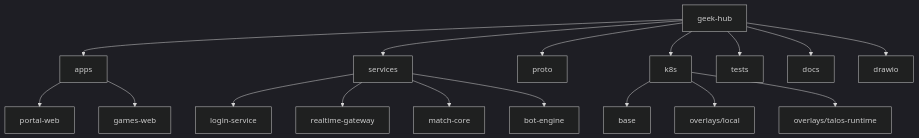
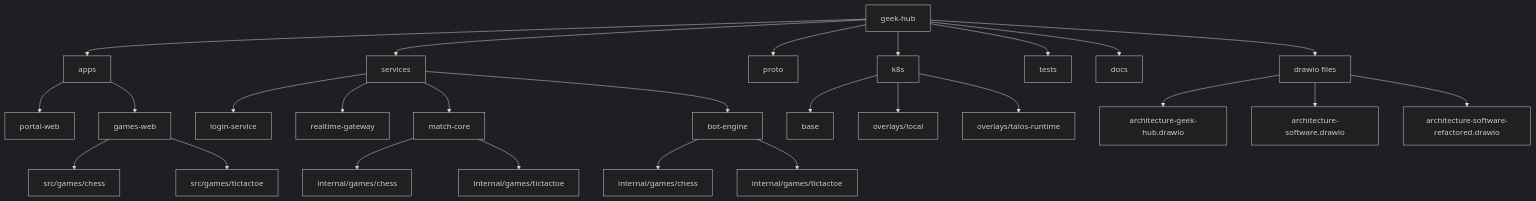
One commit to Marques-net/geek-hub changed the second of 2 diagrams in README.md. Above: the diagram before and after it, drawn with Mermaid (dark theme). The commit also changed other lines of this file and 4 other files, not shown here.

Commit message:
update docs for multi-game architecture

````diff
--- a/README.md
+++ b/README.md
@@ -36,23 +70,33 @@
 ```mermaid
 flowchart TD
     ROOT[geek-hub]
     ROOT --> APPS[apps]
     ROOT --> SERVICES[services]
     ROOT --> PROTO[proto]
     ROOT --> K8S[k8s]
     ROOT --> TESTS[tests]
     ROOT --> DOCS[docs]
-    ROOT --> DRAWIO[drawio]
+    ROOT --> DRAWIO[drawio files]
 
     APPS --> PORTAL[portal-web]
     APPS --> GAMES[games-web]
+    GAMES --> CHESSUI[src/games/chess]
+    GAMES --> TTTUI[src/games/tictactoe]
 
     SERVICES --> LS[login-service]
     SERVICES --> RT[realtime-gateway]
     SERVICES --> MC[match-core]
     SERVICES --> BE[bot-engine]
+    MC --> CHESSRT[internal/games/chess]
+    MC --> TTTRT[internal/games/tictactoe]
+    BE --> CHESSBOT[internal/games/chess]
+    BE --> TTTBOT[internal/games/tictactoe]
 
     K8S --> BASE[base]
     K8S --> LOCAL[overlays/local]
     K8S --> TALOS[overlays/talos-runtime]
+
+    DRAWIO --> DG[architecture-geek-hub.drawio]
+    DRAWIO --> DS[architecture-software.drawio]
+    DRAWIO --> DR[architecture-software-refactored.drawio]
 ```
````
